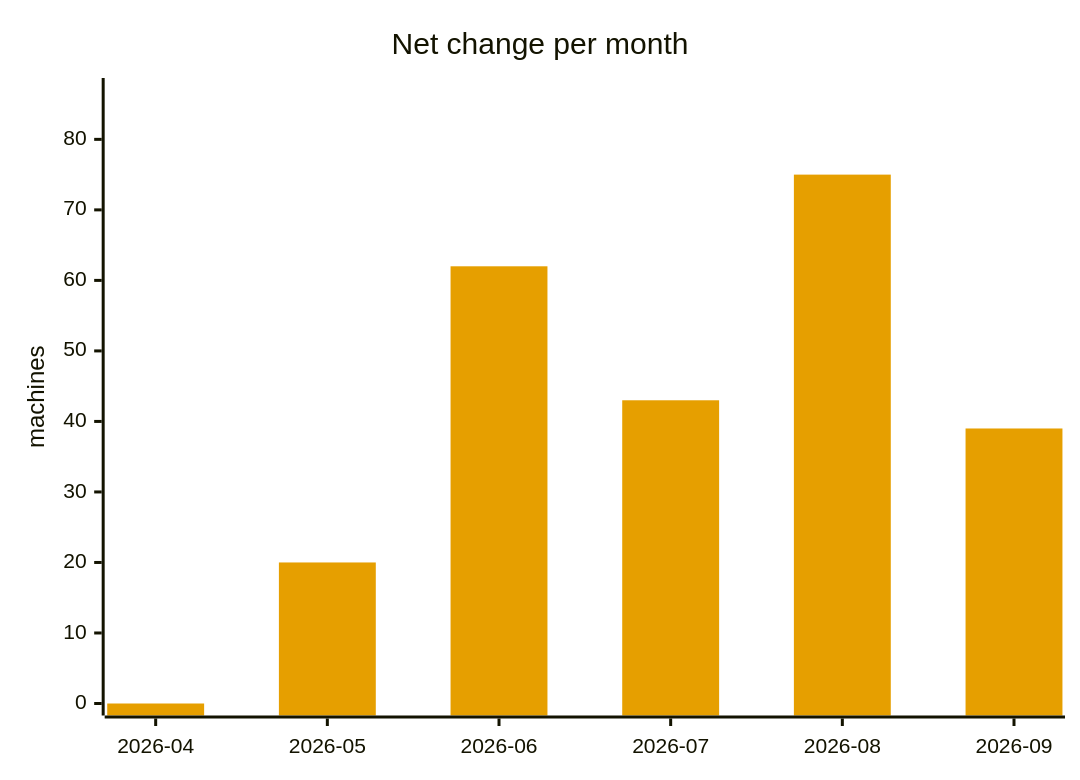
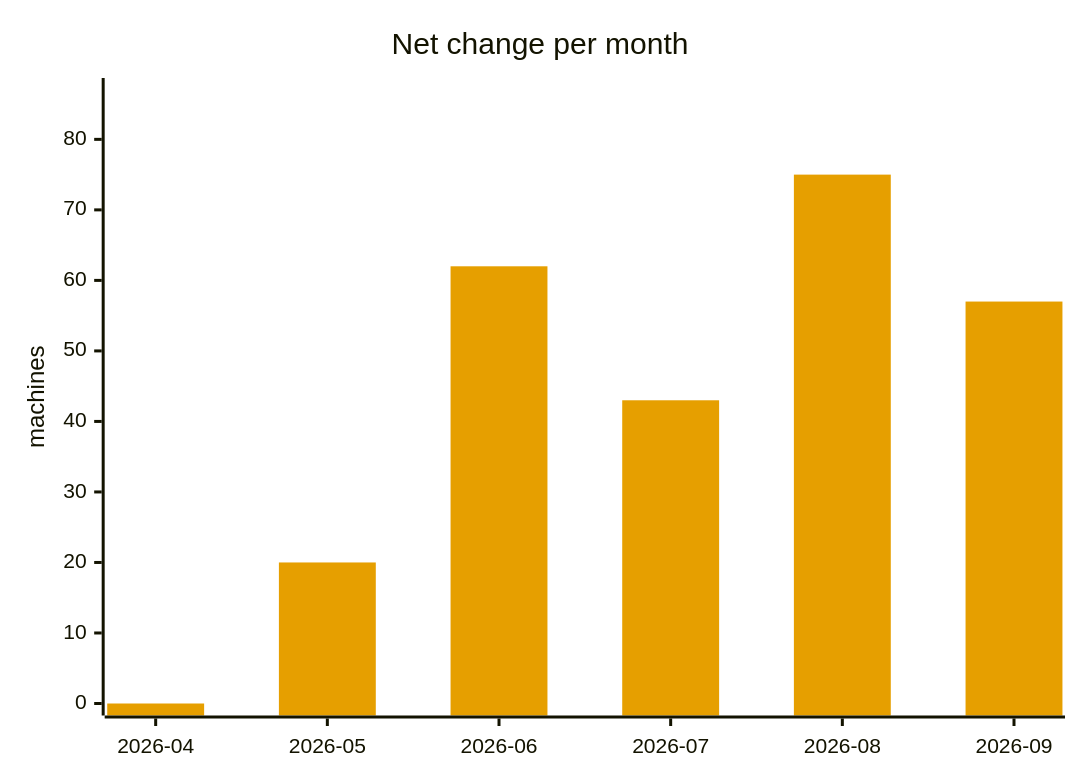
Before and after one commit to cheeaun/returnright-data: the seventh of 7 diagrams in ANALYSIS.md, drawn with Mermaid. The commit also changed other lines of this file and 3 other files, not shown here.

````diff
--- a/ANALYSIS.md
+++ b/ANALYSIS.md
@@ -308,13 +307,13 @@
 ```mermaid
 ---
 config:
   themeVariables:
     xyChart:
       plotColorPalette: "#E69F00"
 ---
 xychart-beta
     title "Net change per month"
     x-axis ["2026-04", "2026-05", "2026-06", "2026-07", "2026-08", "2026-09"]
     y-axis "machines" 0 --> 87
-    bar [0, 20, 62, 43, 75, 39]
+    bar [0, 20, 62, 43, 75, 57]
 ```
````
